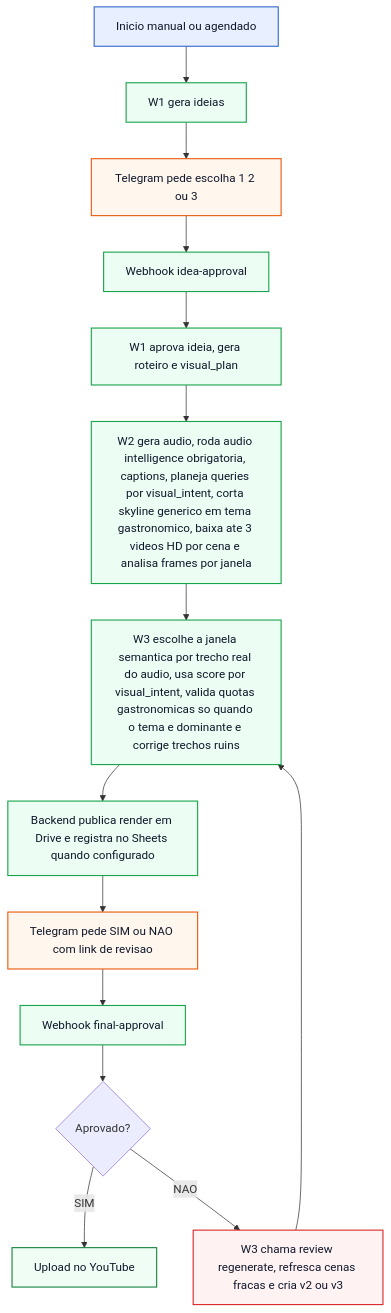
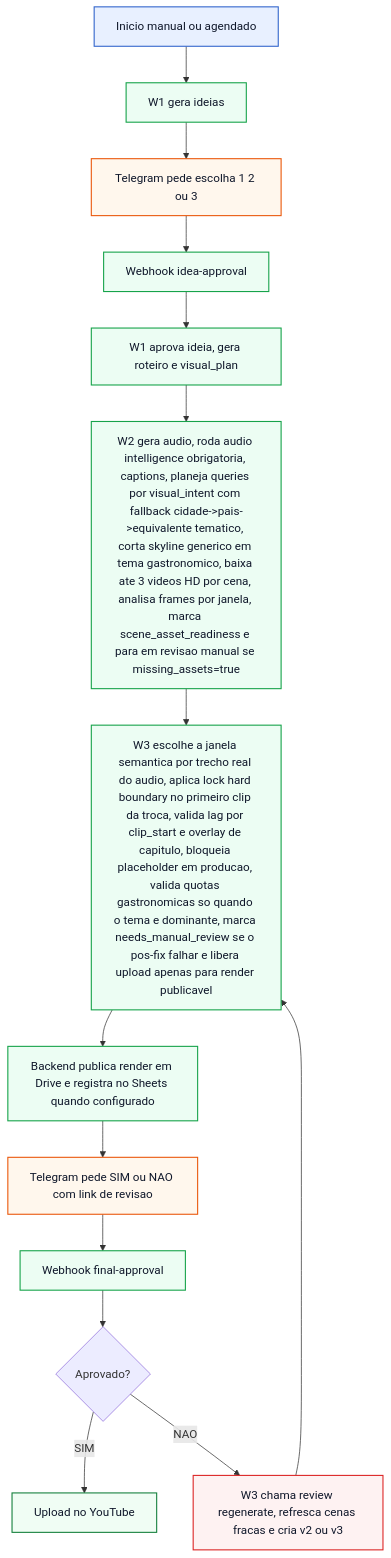
Before and after one commit to hubia-projects/automacao-youtube-n8n: the second of 2 diagrams in fluxo-visual.md, drawn with Mermaid. The commit also changed other lines of this file and 56 other files, not shown here.

````diff
--- a/fluxo-visual.md
+++ b/fluxo-visual.md
@@ -51,22 +51,22 @@
 ```mermaid
 flowchart TD
     classDef start fill:#e8f0ff,stroke:#3366cc,color:#0f172a,stroke-width:1.5px;
     classDef proc fill:#ecfdf3,stroke:#16a34a,color:#0f172a,stroke-width:1.5px;
     classDef wait fill:#fff7ed,stroke:#ea580c,color:#0f172a,stroke-width:1.5px;
     classDef endok fill:#f0fdf4,stroke:#15803d,color:#0f172a,stroke-width:1.5px;
     classDef endno fill:#fef2f2,stroke:#dc2626,color:#0f172a,stroke-width:1.5px;
 
     A[Inicio manual ou agendado]:::start --> B[W1 gera ideias]:::proc
     B --> C[Telegram pede escolha 1 2 ou 3]:::wait
     C --> D[Webhook idea-approval]:::proc
     D --> E[W1 aprova ideia, gera roteiro e visual_plan]:::proc
-    E --> F[W2 gera audio, roda audio intelligence obrigatoria, captions, planeja queries por visual_intent, corta skyline generico em tema gastronomico, baixa ate 3 videos HD por cena e analisa frames por janela]:::proc
-    F --> G[W3 escolhe a janela semantica por trecho real do audio, usa score por visual_intent, valida quotas gastronomicas so quando o tema e dominante e corrige trechos ruins]:::proc
+    E --> F[W2 gera audio, roda audio intelligence obrigatoria, captions, planeja queries por visual_intent com fallback cidade->pais->equivalente tematico, corta skyline generico em tema gastronomico, baixa ate 3 videos HD por cena, analisa frames por janela, marca scene_asset_readiness e para em revisao manual se missing_assets=true]:::proc
+    F --> G[W3 escolhe a janela semantica por trecho real do audio, aplica lock hard boundary no primeiro clip da troca, valida lag por clip_start e overlay de capitulo, bloqueia placeholder em producao, valida quotas gastronomicas so quando o tema e dominante, marca needs_manual_review se o pos-fix falhar e libera upload apenas para render publicavel]:::proc
     G --> H[Backend publica render em Drive e registra no Sheets quando configurado]:::proc
     H --> I[Telegram pede SIM ou NAO com link de revisao]:::wait
     I --> J[Webhook final-approval]:::proc
     J --> K{Aprovado?}
     K -->|SIM| L[Upload no YouTube]:::endok
     K -->|NAO| M[W3 chama review regenerate, refresca cenas fracas e cria v2 ou v3]:::endno
     M --> G
 ```
````
